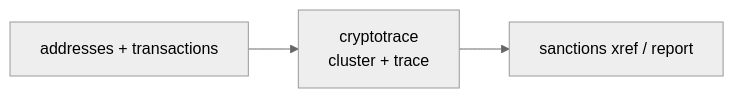
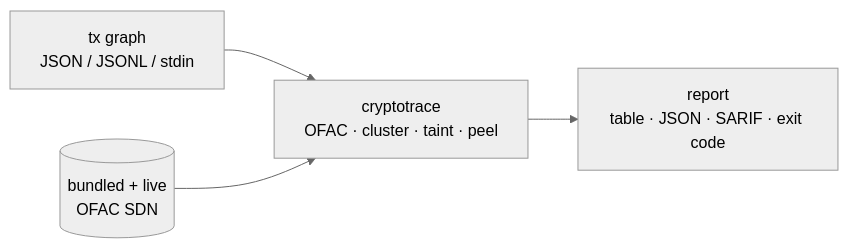
The diagram in README.md (cognis-digital/cryptotrace), drawn with Mermaid (neutral theme) before and after one commit. The commit also changed other lines of this file and 10 other files, not shown here.

First line of the commit message:
Add runnable per-audience demos + ARCHITECTURE/DEMOS docs

````diff
--- a/README.md
+++ b/README.md
@@ -278,5 +297,6 @@
 ```mermaid
 flowchart LR
-  IN[addresses + transactions] --> P[cryptotrace<br/>cluster + trace]
-  P --> OUT[sanctions xref / report]
+  IN["tx graph<br/>JSON / JSONL / stdin"] --> P["cryptotrace<br/>OFAC · cluster · taint · peel"]
+  SDN[("bundled + live<br/>OFAC SDN")] --> P
+  P --> OUT["report<br/>table · JSON · SARIF · exit code"]
 ```
````
